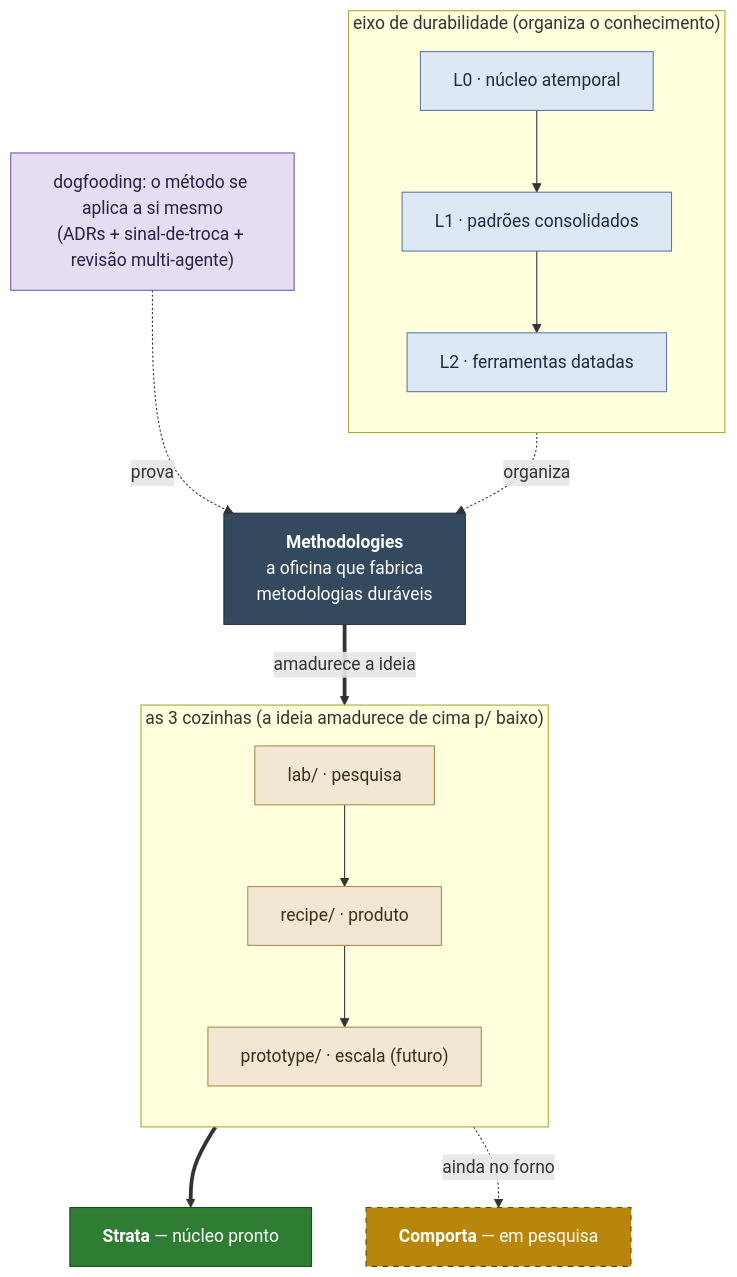
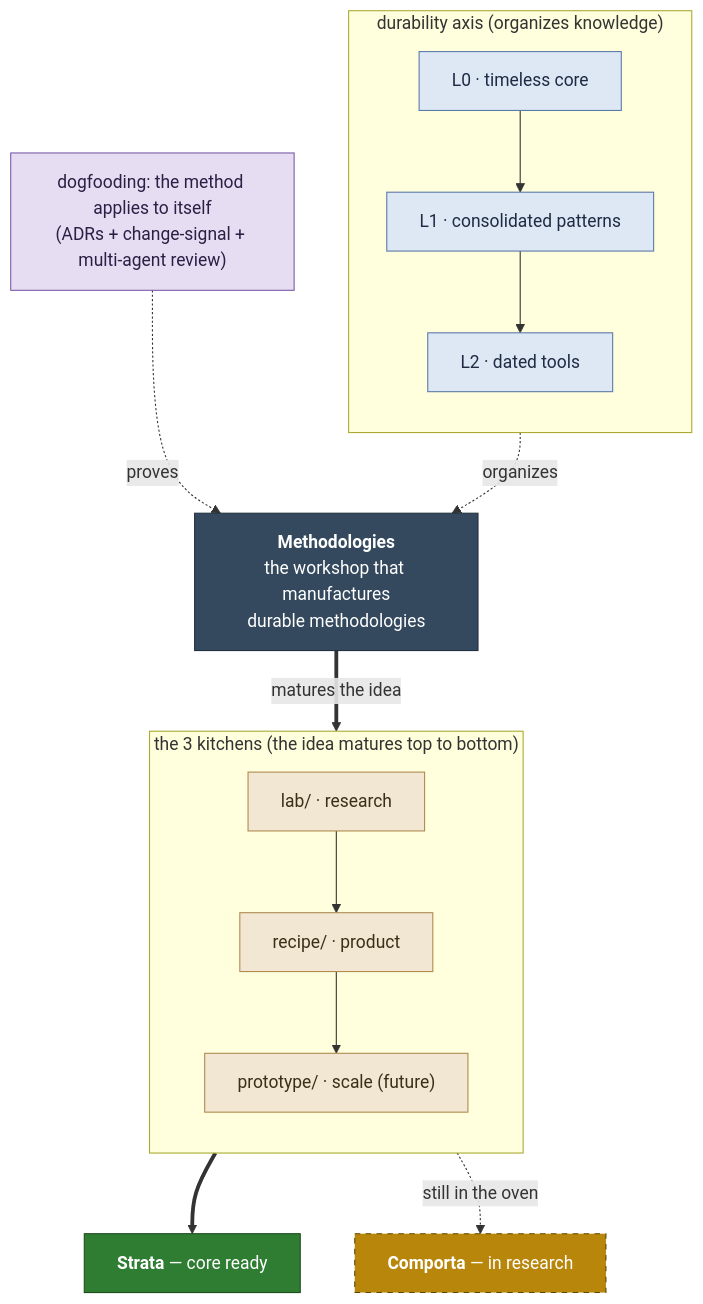
Before and after one commit to LeoPR/Methodologies: the diagram in README.md, drawn with Mermaid. The commit also changed other lines of this file and 1 other file, not shown here.

````diff
--- a/README.md
+++ b/README.md
@@ -73,35 +82,35 @@
 ```mermaid
 flowchart TB
-    OFICINA["<b>Methodologies</b><br/>a oficina que fabrica<br/>metodologias duráveis"]
+    OFICINA["<b>Methodologies</b><br/>the workshop that manufactures<br/>durable methodologies"]
 
-    subgraph DUR["eixo de durabilidade (organiza o conhecimento)"]
+    subgraph DUR["durability axis (organizes knowledge)"]
         direction TB
-        L0["L0 · núcleo atemporal"] --> L1["L1 · padrões consolidados"] --> L2["L2 · ferramentas datadas"]
+        L0["L0 · timeless core"] --> L1["L1 · consolidated patterns"] --> L2["L2 · dated tools"]
     end
 
-    subgraph COZ["as 3 cozinhas (a ideia amadurece de cima p/ baixo)"]
+    subgraph COZ["the 3 kitchens (the idea matures top to bottom)"]
         direction TB
-        LAB["lab/ · pesquisa"] --> REC["recipe/ · produto"] --> PROTO["prototype/ · escala (futuro)"]
+        LAB["lab/ · research"] --> REC["recipe/ · product"] --> PROTO["prototype/ · scale (future)"]
     end
 
-    DOG["dogfooding: o método se aplica a si mesmo<br/>(ADRs + sinal-de-troca + revisão multi-agente)"]
+    DOG["dogfooding: the method applies to itself<br/>(ADRs + change-signal + multi-agent review)"]
 
-    DUR -.->|organiza| OFICINA
-    DOG -.->|prova| OFICINA
-    OFICINA ==>|amadurece a ideia| COZ
-    REC ==> STRATA["<b>Strata</b> — núcleo pronto"]
-    LAB -.->|ainda no forno| ECON["<b>Comporta</b> — em pesquisa"]
+    DUR -.->|organizes| OFICINA
+    DOG -.->|proves| OFICINA
+    OFICINA ==>|matures the idea| COZ
+    REC ==> STRATA["<b>Strata</b> — core ready"]
+    LAB -.->|still in the oven| ECON["<b>Comporta</b> — in research"]
 
     classDef hub fill:#34495e,stroke:#22303f,color:#ffffff;
     classDef dur fill:#dde8f4,stroke:#5b7aa8,color:#1f2a44;
     classDef coz fill:#f1e7d3,stroke:#b08a4f,color:#3a2f17;
     classDef dog fill:#e7ddf2,stroke:#7a5ba8,color:#2a1f44;
     classDef done fill:#2e7d32,stroke:#1b4d1b,color:#ffffff;
     classDef wip fill:#b8860b,stroke:#5c4900,color:#ffffff,stroke-dasharray:5 5;
     class OFICINA hub;
     class L0,L1,L2 dur;
     class LAB,REC,PROTO coz;
     class DOG dog;
     class STRATA done;
     class ECON wip;
 ```
````
